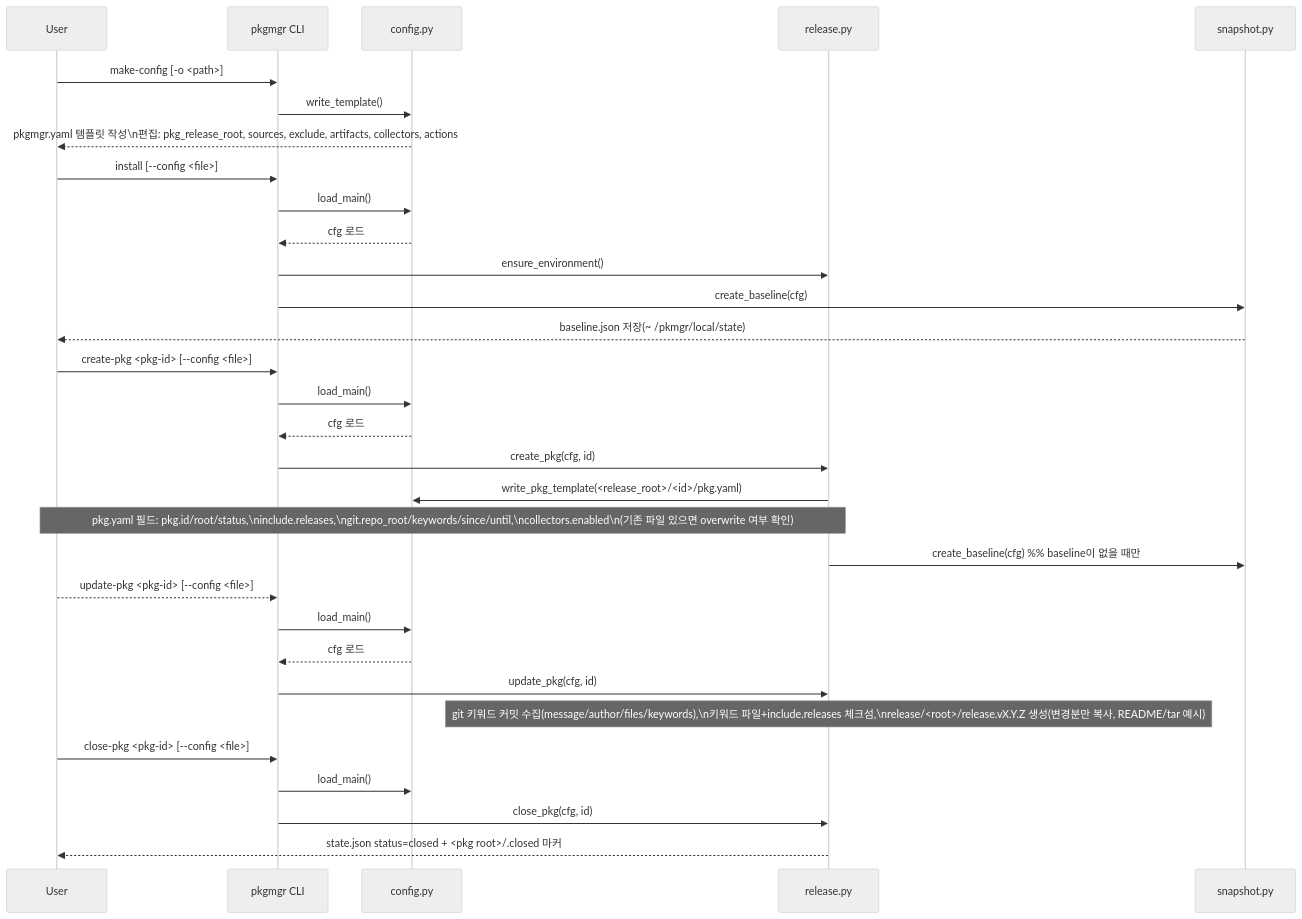
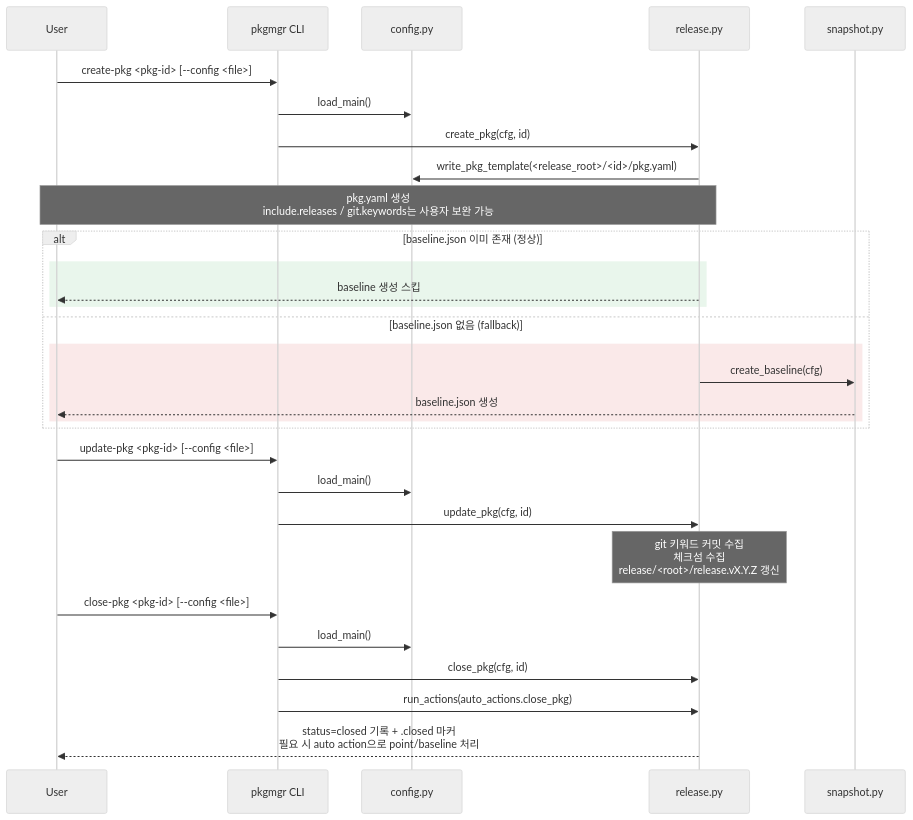
One commit to kunrunic/pkgmgnt changed the third of 3 diagrams in design/mermaid/use-cases.md. Above: the diagram before and after it, drawn with Mermaid. The commit also changed other lines of this file and 18 other files, not shown here.

````diff
--- a/design/mermaid/use-cases.md
+++ b/design/mermaid/use-cases.md
@@ -11,39 +65,36 @@
 ```mermaid
 %%{init: {'theme':'neutral'}}%%
 sequenceDiagram
     participant U as User
     participant CLI as pkgmgr CLI
     participant CFG as config.py
     participant REL as release.py
     participant SNAP as snapshot.py
 
-    U->>CLI: make-config [-o <path>]
-    CLI->>CFG: write_template()
-    CFG-->>U: pkgmgr.yaml 템플릿 작성\n편집: pkg_release_root, sources, exclude, artifacts, collectors, actions
-
-    U->>CLI: install [--config <file>]
-    CLI->>CFG: load_main()
-    CFG-->>CLI: cfg 로드
-    CLI->>REL: ensure_environment()
-    CLI->>SNAP: create_baseline(cfg)
-    SNAP-->>U: baseline.json 저장(~ /pkmgr/local/state)
-
     U->>CLI: create-pkg <pkg-id> [--config <file>]
     CLI->>CFG: load_main()
-    CFG-->>CLI: cfg 로드
     CLI->>REL: create_pkg(cfg, id)
     REL->>CFG: write_pkg_template(<release_root>/<id>/pkg.yaml)
-    note over REL,U: pkg.yaml 필드: pkg.id/root/status,\ninclude.releases,\ngit.repo_root/keywords/since/until,\ncollectors.enabled\n(기존 파일 있으면 overwrite 여부 확인)
-    REL->>SNAP: create_baseline(cfg)  %% baseline이 없을 때만
+    note over REL,U: pkg.yaml 생성<br/>include.releases / git.keywords는 사용자 보완 가능
+    alt baseline.json 이미 존재 (정상)
+        rect rgba(120, 200, 140, 0.16)
+            REL-->>U: baseline 생성 스킵
+        end
+    else baseline.json 없음 (fallback)
+        rect rgba(220, 120, 120, 0.16)
+            REL->>SNAP: create_baseline(cfg)
+            SNAP-->>U: baseline.json 생성
+        end
+    end
 
-    U-->>CLI: update-pkg <pkg-id> [--config <file>]
+    U->>CLI: update-pkg <pkg-id> [--config <file>]
     CLI->>CFG: load_main()
-    CFG-->>CLI: cfg 로드
     CLI->>REL: update_pkg(cfg, id)
-    note over REL: git 키워드 커밋 수집(message/author/files/keywords),\n키워드 파일+include.releases 체크섬,\nrelease/<root>/release.vX.Y.Z 생성(변경분만 복사, README/tar 예시)
+    note over REL: git 키워드 커밋 수집<br/>체크섬 수집<br/>release/<root>/release.vX.Y.Z 갱신
 
     U->>CLI: close-pkg <pkg-id> [--config <file>]
     CLI->>CFG: load_main()
     CLI->>REL: close_pkg(cfg, id)
-    REL-->>U: state.json status=closed + <pkg root>/.closed 마커
+    CLI->>REL: run_actions(auto_actions.close_pkg)
+    REL-->>U: status=closed 기록 + .closed 마커<br/>필요 시 auto action으로 point/baseline 처리
 ```
````
